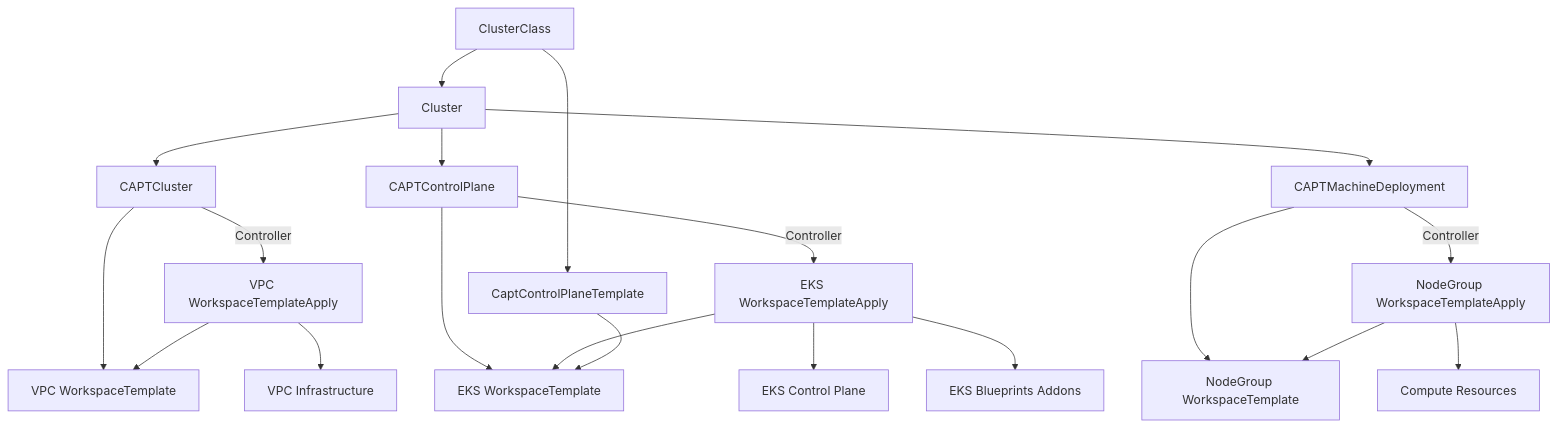
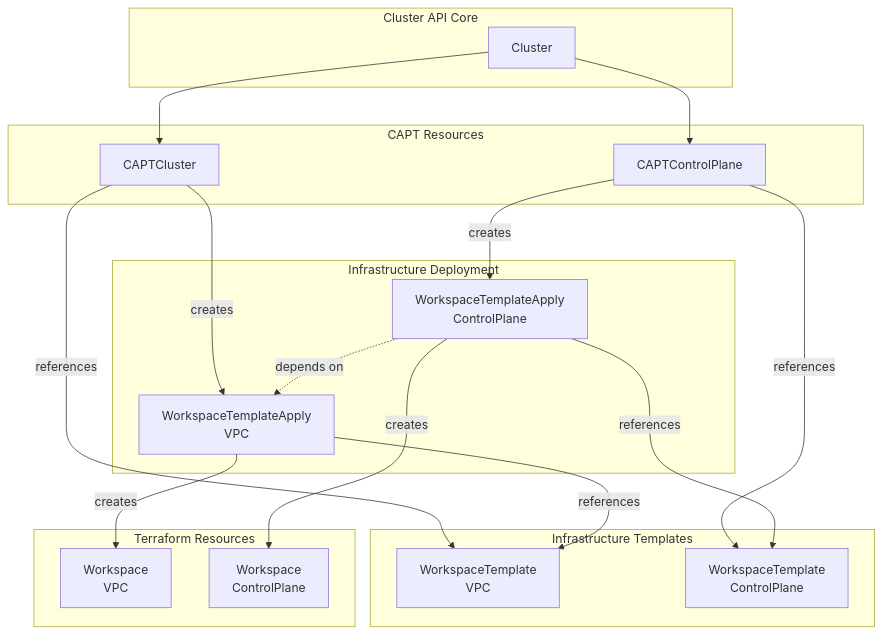
The first of 2 diagrams in README.md (appthrust/capt), drawn with Mermaid before and after one commit. The commit also changed other lines of this file, not shown here.

Commit message:
docs: update README with detailed architecture diagrams
- Add Core Resource Relationships diagram showing the relationships between:
  - Cluster API Core and CAPT resources
  - CAPT resources and WorkspaceTemplates
  - WorkspaceTemplateApply role
  - Terraform Workspace integration
- Add Component Lifecycle Flow diagram showing:
  - Flow from cluster creation to infrastructure application
  - VPC and ControlPlane dependencies
  - Template reference and infrastructure application sequence

````diff
--- a/README.md
+++ b/README.md
@@ -27,22 +27,43 @@
 ```mermaid
 graph TD
-    A[Cluster] --> B[CAPTCluster]
-    A --> C[CAPTControlPlane]
-    A --> D[CAPTMachineDeployment]
-    B --> E[VPC WorkspaceTemplate]
-    C --> F[EKS WorkspaceTemplate]
-    D --> G[NodeGroup WorkspaceTemplate]
-    B --> |Controller| H[VPC WorkspaceTemplateApply]
-    C --> |Controller| I[EKS WorkspaceTemplateApply]
-    D --> |Controller| J[NodeGroup WorkspaceTemplateApply]
-    H --> E
-    I --> F
-    J --> G
-    H --> K[VPC Infrastructure]
-    I --> L[EKS Control Plane]
-    I --> M[EKS Blueprints Addons]
-    J --> N[Compute Resources]
-    O[ClusterClass] --> A
-    O --> P[CaptControlPlaneTemplate]
-    P --> F
+    subgraph "Cluster API Core"
+        Cluster
+    end
+
+    subgraph "CAPT Resources"
+        CAPTCluster
+        CAPTControlPlane
+    end
+
+    subgraph "Infrastructure Templates"
+        VPCTemplate[WorkspaceTemplate<br/>VPC]
+        CPTemplate[WorkspaceTemplate<br/>ControlPlane]
+    end
+
+    subgraph "Infrastructure Deployment"
+        VPCApply[WorkspaceTemplateApply<br/>VPC]
+        CPApply[WorkspaceTemplateApply<br/>ControlPlane]
+    end
+
+    subgraph "Terraform Resources"
+        VPCWorkspace[Workspace<br/>VPC]
+        CPWorkspace[Workspace<br/>ControlPlane]
+    end
+
+    Cluster --> CAPTCluster
+    Cluster --> CAPTControlPlane
+
+    CAPTCluster --> |references| VPCTemplate
+    CAPTControlPlane --> |references| CPTemplate
+
+    CAPTCluster --> |creates| VPCApply
+    CAPTControlPlane --> |creates| CPApply
+
+    VPCApply --> |references| VPCTemplate
+    CPApply --> |references| CPTemplate
+
+    VPCApply --> |creates| VPCWorkspace
+    CPApply --> |creates| CPWorkspace
+
+    CPApply -.-> |depends on| VPCApply
 ```
````
